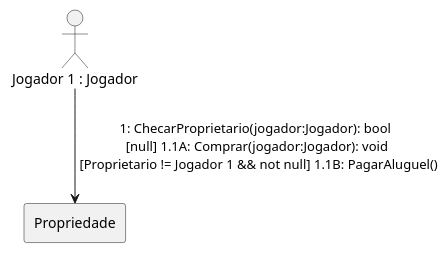
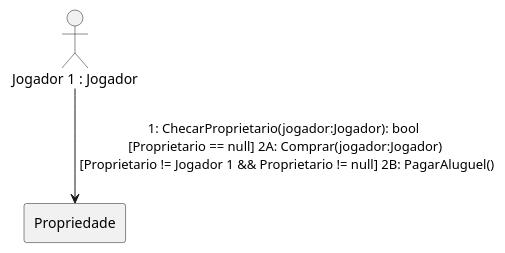
Before and after one commit to rogerpcto/ProjetoDeSoftware-UFF: the diagram in Documentação/diagrama-comunicacao-Propriedade.plantuml, drawn with PlantUML. The commit also changed 2 other files, not shown here.

Commit message:
Atualiza diagramas de comunicação com feedback do Professor

```diff
--- a/Documentação/diagrama-comunicacao-Propriedade.plantuml
+++ b/Documentação/diagrama-comunicacao-Propriedade.plantuml
@@ -1,10 +1,10 @@
 @startuml comunicacao
 
 skinparam linestyle ortho
 
 Actor "Jogador 1 : Jogador" as jogador
 rectangle "Propriedade" as propriedade
 
-jogador --> propriedade: 1: ChecarProprietario(jogador:Jogador): bool \n [null] 1.1A: Comprar(jogador:Jogador): void \n [Proprietario != Jogador 1 && not null] 1.1B: PagarAluguel()
+jogador --> propriedade: 1: ChecarProprietario(jogador:Jogador): bool \n [Proprietario == null] 2A: Comprar(jogador:Jogador) \n [Proprietario != Jogador 1 && Proprietario != null] 2B: PagarAluguel()
 
 @enduml
```
